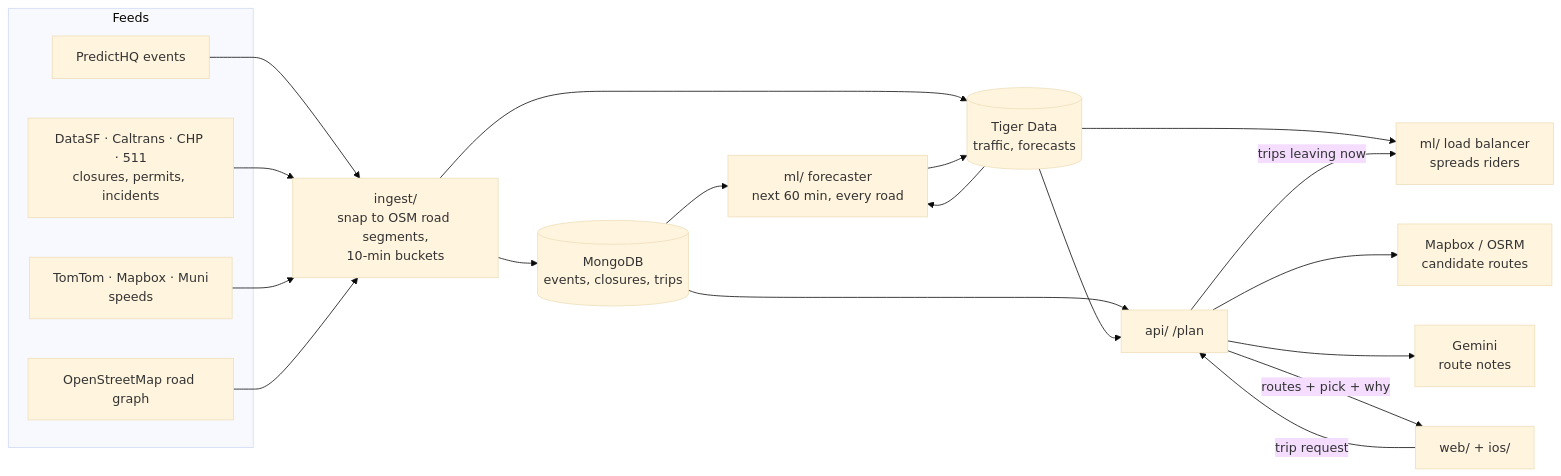
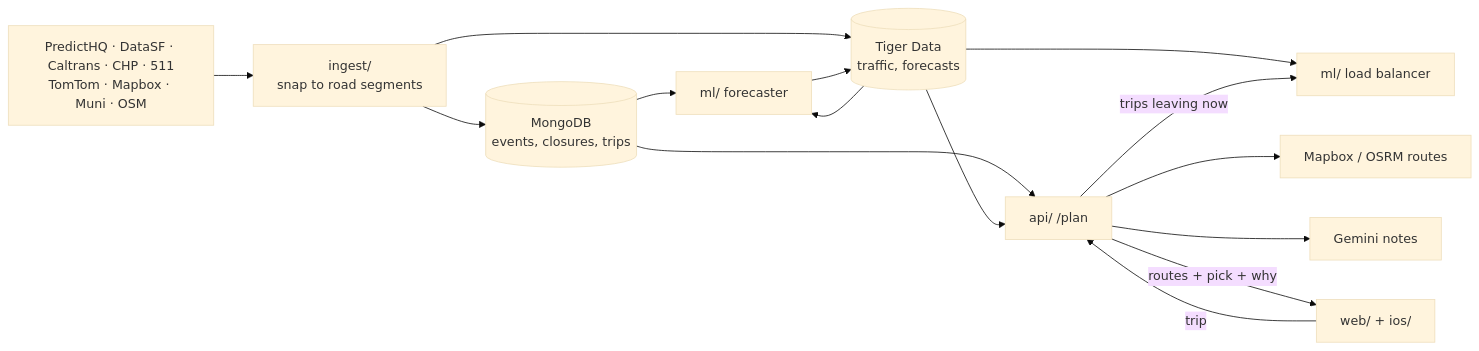
Before and after one commit to No-Way-Mo/transpeaktation: the diagram in README.md, drawn with Mermaid (base theme). The commit also changed other lines of this file, not shown here.

````diff
--- a/README.md
+++ b/README.md
@@ -39,27 +36,12 @@
 ```mermaid
 flowchart LR
-  subgraph FEEDS["Feeds"]
-    EV[PredictHQ events]
-    CL[DataSF · Caltrans · CHP · 511<br/>closures, permits, incidents]
-    SP[TomTom · Mapbox · Muni<br/>speeds]
-    OSM[OpenStreetMap road graph]
-  end
-  IN["ingest/<br/>snap to OSM road segments,<br/>10-min buckets"]
-  MG[(MongoDB<br/>events, closures, trips)]
-  TG[(Tiger Data<br/>traffic, forecasts)]
-  FC["ml/ forecaster<br/>next 60 min, every road"]
-  LB["ml/ load balancer<br/>spreads riders"]
-  API["api/ /plan"]
-  PR[Mapbox / OSRM<br/>candidate routes]
-  GM[Gemini<br/>route notes]
-  WEB["web/ + ios/"]
-  EV & CL & SP & OSM --> IN --> MG & TG
-  MG & TG --> FC --> TG
-  TG --> LB
-  WEB -- trip request --> API
-  API --> PR
+  F["PredictHQ · DataSF · Caltrans · CHP · 511<br/>TomTom · Mapbox · Muni · OSM"] --> IN["ingest/<br/>snap to road segments"]
+  IN --> MG[(MongoDB<br/>events, closures, trips)] & TG[(Tiger Data<br/>traffic, forecasts)]
+  MG & TG --> FC["ml/ forecaster"] --> TG
+  TG --> LB["ml/ load balancer"]
+  WEB["web/ + ios/"] -- trip --> API["api/ /plan"]
+  API --> PR[Mapbox / OSRM routes] & GM[Gemini notes]
   API -- trips leaving now --> LB
   MG & TG --> API
-  API --> GM
   API -- routes + pick + why --> WEB
 ```
````
